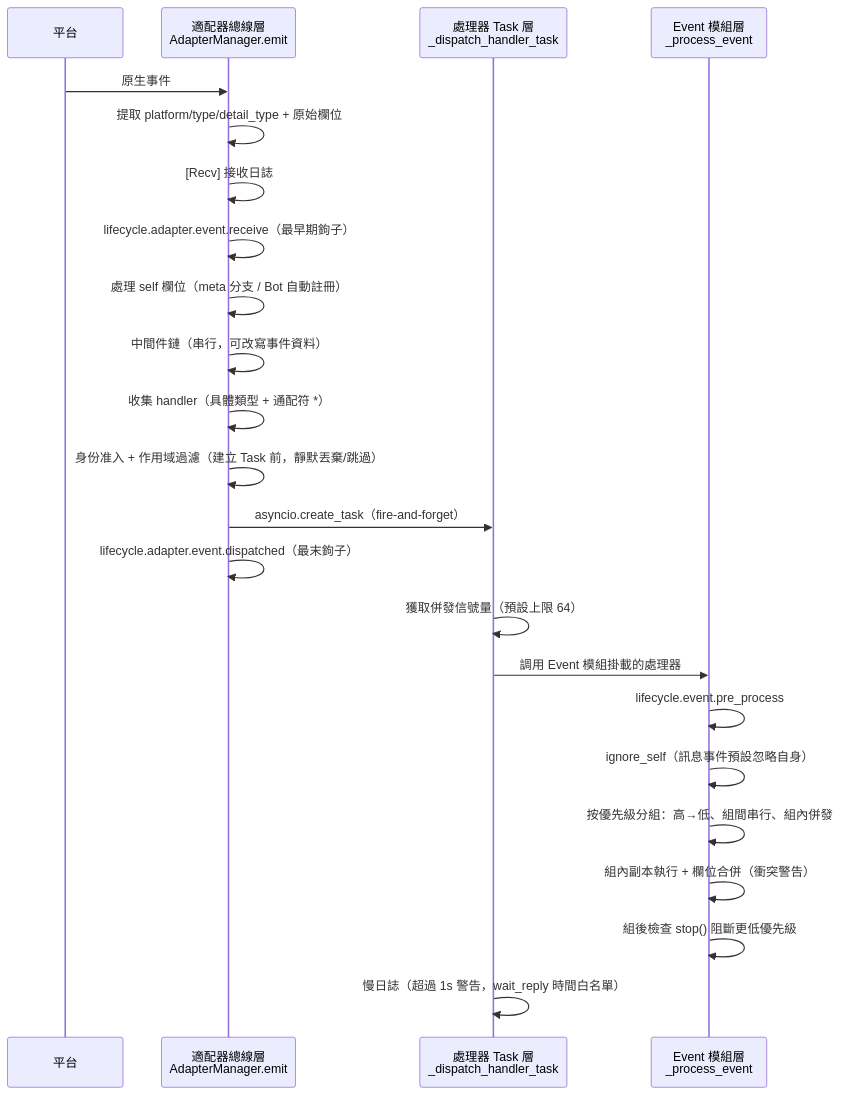
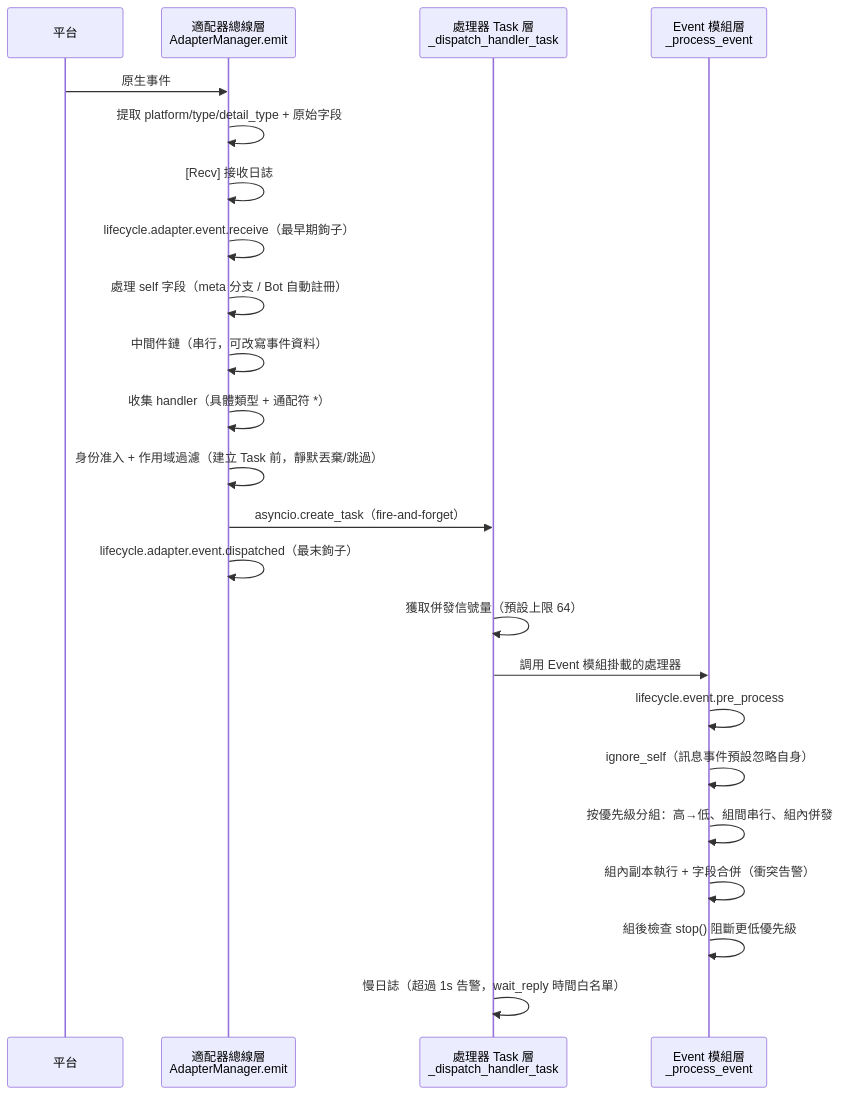
The fourth of 9 diagrams in docs/zh-TW/architecture.md (ErisPulse/ErisPulse), drawn with Mermaid before and after one commit. The commit also changed other lines of this file and 79 other files, not shown here.

````diff
--- a/docs/zh-TW/architecture.md
+++ b/docs/zh-TW/architecture.md
@@ -109,26 +109,26 @@
 ```mermaid
 sequenceDiagram
     participant P as 平台
     participant A as 適配器總線層<br/>AdapterManager.emit
     participant T as 處理器 Task 層<br/>_dispatch_handler_task
     participant E as Event 模組層<br/>_process_event
 
     P->>A: 原生事件
-    A->>A: 提取 platform/type/detail_type + 原始欄位
+    A->>A: 提取 platform/type/detail_type + 原始字段
     A->>A: [Recv] 接收日誌
     A->>A: lifecycle.adapter.event.receive（最早期鉤子）
-    A->>A: 處理 self 欄位（meta 分支 / Bot 自動註冊）
+    A->>A: 處理 self 字段（meta 分支 / Bot 自動註冊）
     A->>A: 中間件鏈（串行，可改寫事件資料）
     A->>A: 收集 handler（具體類型 + 通配符 *）
     A->>A: 身份准入 + 作用域過濾（建立 Task 前，靜默丟棄/跳過）
     A->>T: asyncio.create_task（fire-and-forget）
     A->>A: lifecycle.adapter.event.dispatched（最末鉤子）
     T->>T: 獲取併發信號量（預設上限 64）
     T->>E: 調用 Event 模組掛載的處理器
     E->>E: lifecycle.event.pre_process
     E->>E: ignore_self（訊息事件預設忽略自身）
     E->>E: 按優先級分組：高→低、組間串行、組內併發
-    E->>E: 組內副本執行 + 欄位合併（衝突警告）
+    E->>E: 組內副本執行 + 字段合併（衝突告警）
     E->>E: 組後檢查 stop() 阻斷更低優先級
-    T->>T: 慢日誌（超過 1s 警告，wait_reply 時間白名單）
+    T->>T: 慢日誌（超過 1s 告警，wait_reply 時間白名單）
 ```
````
